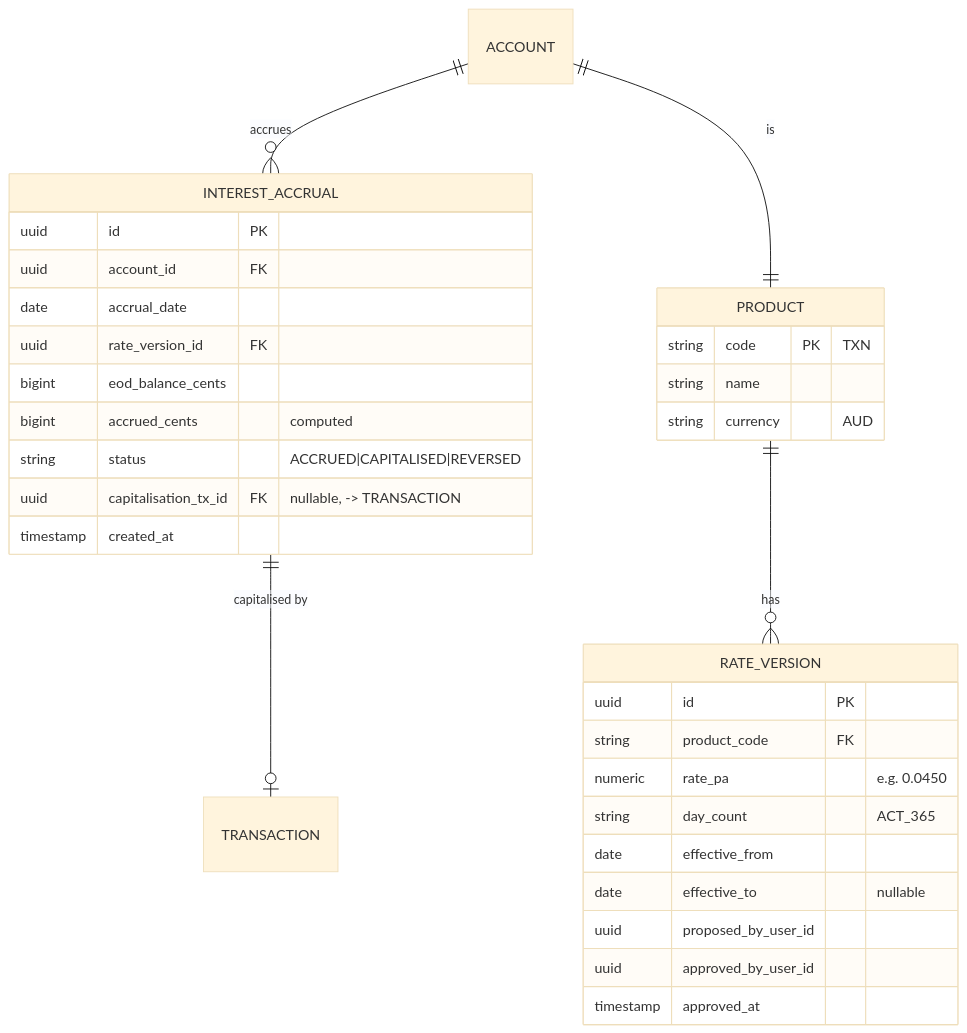
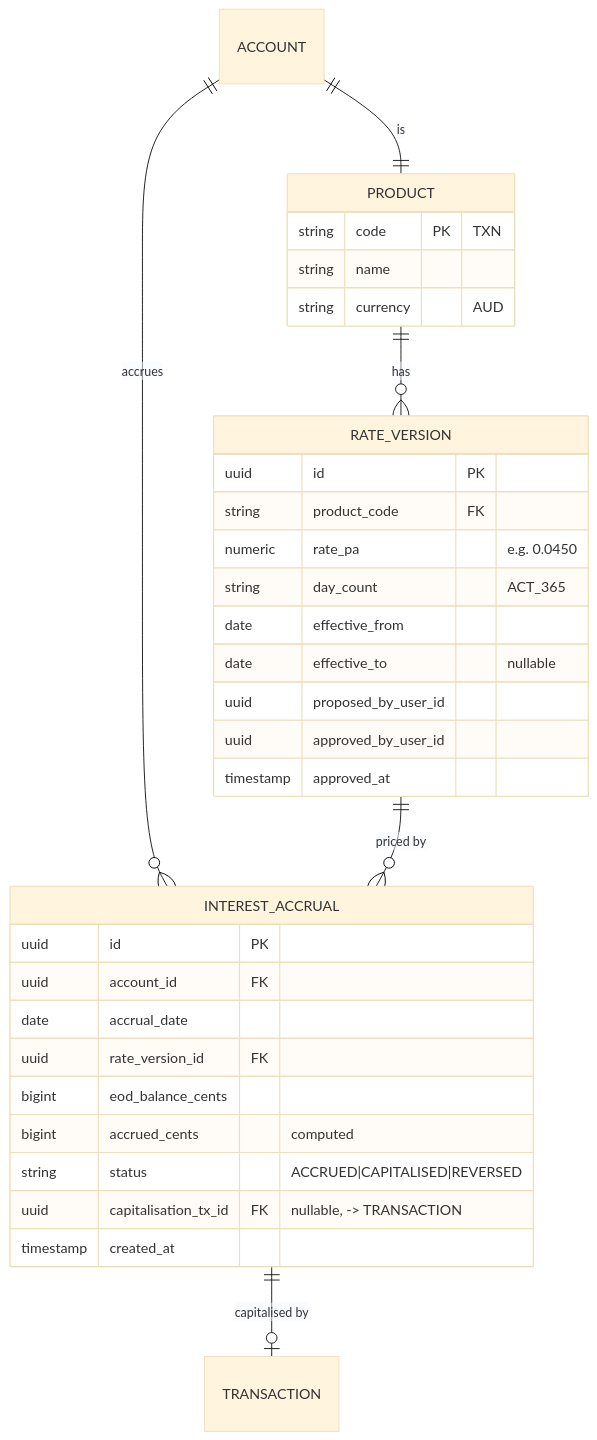
Before and after one commit to BaroPhan/velo-arch: the second of 3 diagrams in docs/workflows/05-interest-accrual.md, drawn with Mermaid (base theme). The commit also changed 4 other files, not shown here.

Commit message:
docs: fix ERD bugs surfaced by Q&A (hold-account cardinality, rate_version relation, recon-break 4-eyes)

````diff
--- a/docs/workflows/05-interest-accrual.md
+++ b/docs/workflows/05-interest-accrual.md
@@ -81,37 +81,38 @@
 ```mermaid
 erDiagram
     ACCOUNT ||--o{ INTEREST_ACCRUAL : "accrues"
     INTEREST_ACCRUAL ||--o| TRANSACTION : "capitalised by"
     PRODUCT ||--o{ RATE_VERSION : "has"
+    RATE_VERSION ||--o{ INTEREST_ACCRUAL : "priced by"
     ACCOUNT ||--|| PRODUCT : "is"
 
     PRODUCT {
         string code PK "TXN"
         string name
         string currency "AUD"
     }
 
     RATE_VERSION {
         uuid id PK
         string product_code FK
         numeric rate_pa "e.g. 0.0450"
         string day_count "ACT_365"
         date effective_from
         date effective_to "nullable"
         uuid proposed_by_user_id
         uuid approved_by_user_id
         timestamp approved_at
     }
 
     INTEREST_ACCRUAL {
         uuid id PK
         uuid account_id FK
         date accrual_date
         uuid rate_version_id FK
         bigint eod_balance_cents
         bigint accrued_cents "computed"
         string status "ACCRUED|CAPITALISED|REVERSED"
         uuid capitalisation_tx_id FK "nullable, -> TRANSACTION"
         timestamp created_at
     }
 ```
````
